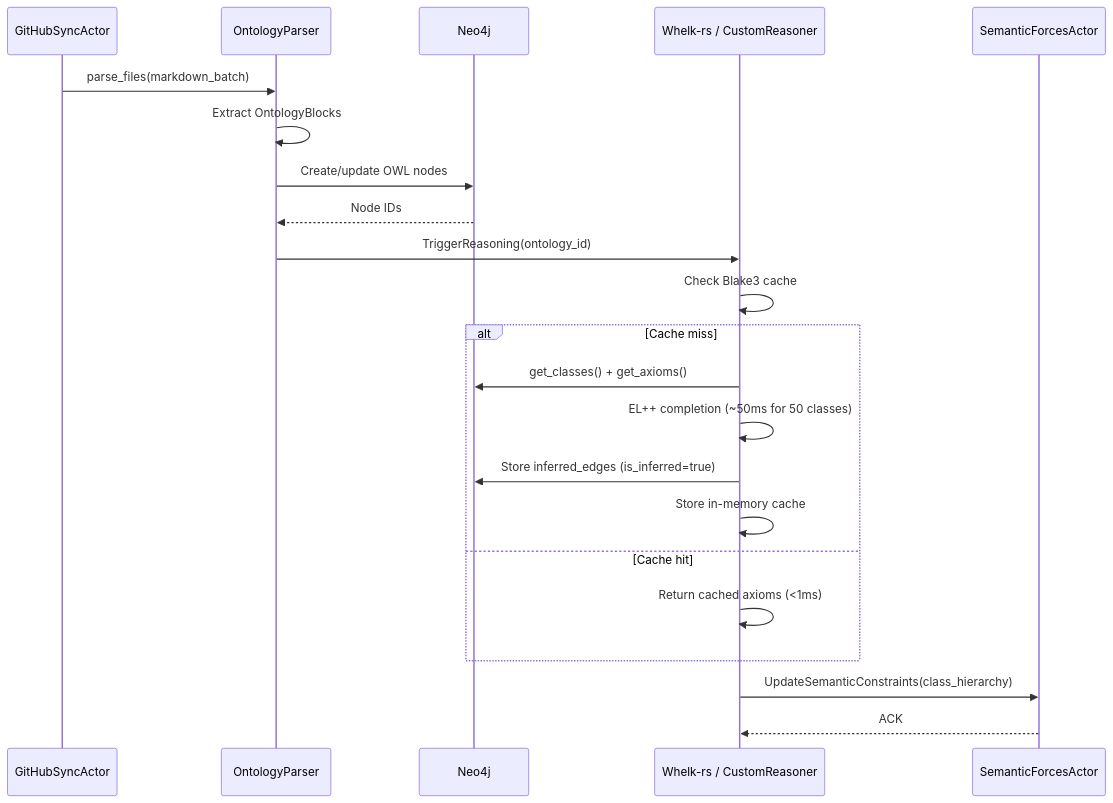
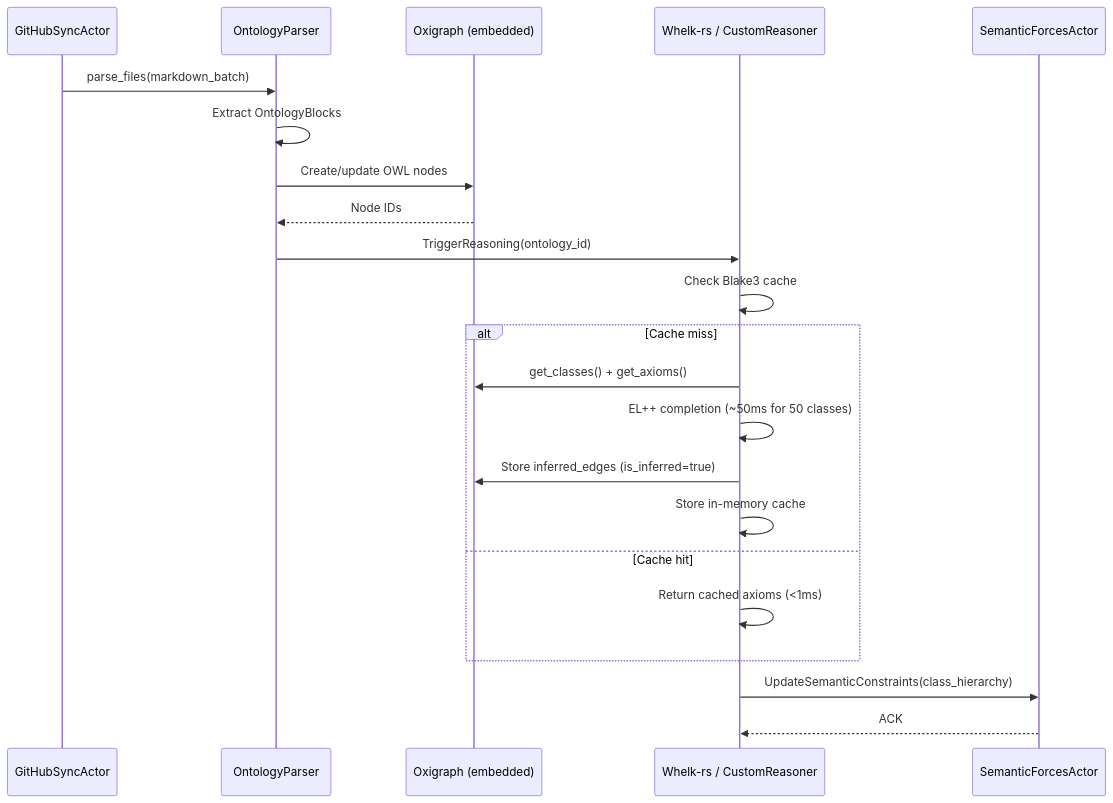
One commit to shaneholloman/logseq-spring-thing changed the second of 2 diagrams in docs/explanation/ontology-pipeline.md. Above: the diagram before and after it, drawn with Mermaid. The commit also changed other lines of this file and 58 other files, not shown here.

First line of the commit message:
docs: Neo4j→Oxigraph + webxr→visionclaw alignment, physics controls, health probes

````diff
--- a/docs/explanation/ontology-pipeline.md
+++ b/docs/explanation/ontology-pipeline.md
@@ -234,26 +250,26 @@
 ```mermaid
 sequenceDiagram
     participant Sync as GitHubSyncActor
     participant Parser as OntologyParser
-    participant Neo4j as Neo4j
+    participant Oxigraph as Oxigraph (embedded)
     participant Whelk as Whelk-rs / CustomReasoner
     participant GPU as SemanticForcesActor
 
     Sync->>Parser: parse_files(markdown_batch)
     Parser->>Parser: Extract OntologyBlocks
-    Parser->>Neo4j: Create/update OWL nodes
-    Neo4j-->>Parser: Node IDs
+    Parser->>Oxigraph: Create/update OWL nodes
+    Oxigraph-->>Parser: Node IDs
 
     Parser->>Whelk: TriggerReasoning(ontology_id)
     Whelk->>Whelk: Check Blake3 cache
     alt Cache miss
-        Whelk->>Neo4j: get_classes() + get_axioms()
+        Whelk->>Oxigraph: get_classes() + get_axioms()
         Whelk->>Whelk: EL++ completion (~50ms for 50 classes)
-        Whelk->>Neo4j: Store inferred_edges (is_inferred=true)
+        Whelk->>Oxigraph: Store inferred_edges (is_inferred=true)
         Whelk->>Whelk: Store in-memory cache
     else Cache hit
         Whelk->>Whelk: Return cached axioms (<1ms)
     end
     Whelk->>GPU: UpdateSemanticConstraints(class_hierarchy)
     GPU-->>Whelk: ACK
 ```
````
